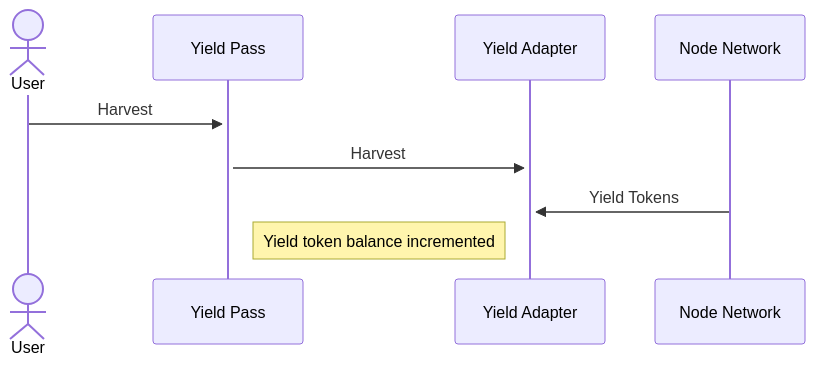
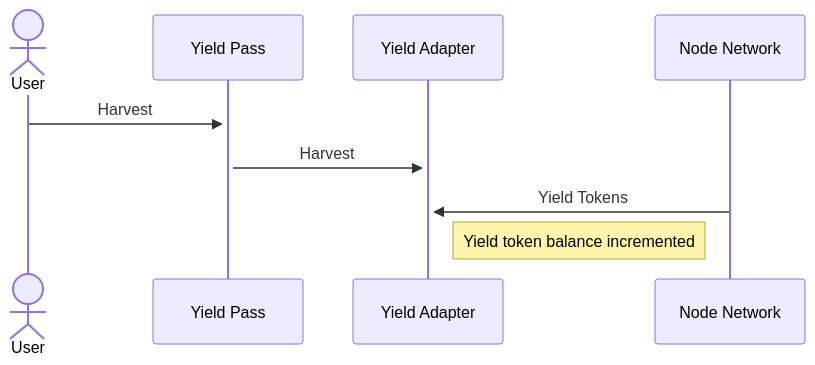
One commit to metastreet-labs/metastreet-yield-pass changed the second of 5 diagrams in docs/DESIGN.md. Above: the diagram before and after it, drawn with Mermaid. The commit also changed other lines of this file, not shown here.

````diff
--- a/docs/DESIGN.md
+++ b/docs/DESIGN.md
@@ -74,8 +70,8 @@
 ```mermaid
 sequenceDiagram
     actor User
     User->>+Yield Pass: Harvest
     Yield Pass->>+Yield Adapter: Harvest
     Node Network->>+Yield Adapter: Yield Tokens
-    Note right of Yield Pass: Yield token balance incremented
+    Note right of Yield Adapter: Yield token balance incremented
 ```
````
